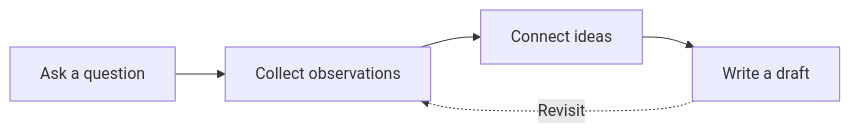
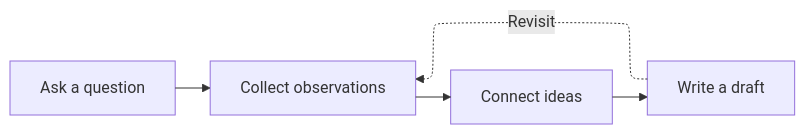
The diagram in examples/brand/Connections.md (Zerokei/Litos), drawn with Mermaid before and after one commit. The commit also changed 7 other files, not shown here.

````diff
--- a/examples/brand/Connections.md
+++ b/examples/brand/Connections.md
@@ -5,7 +5,11 @@
 ```mermaid
+---
+config:
+  layout: elk
+---
 flowchart LR
     A[Ask a question] --> B[Collect observations]
     B --> C[Connect ideas]
     C --> D[Write a draft]
     D -. Revisit .-> B
 ```
````
